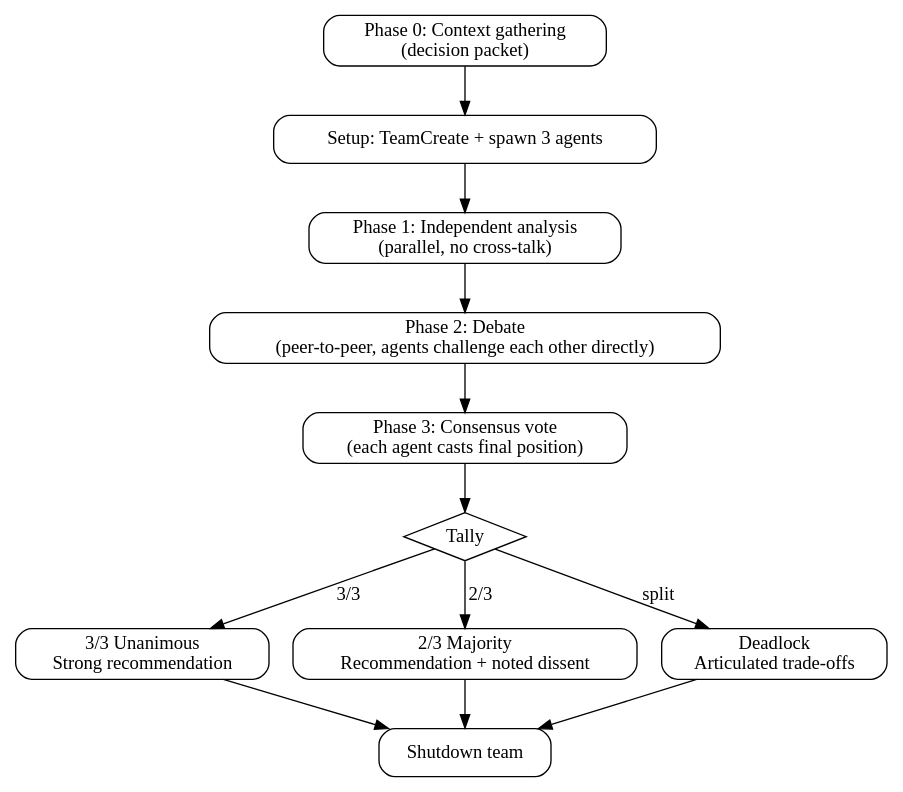
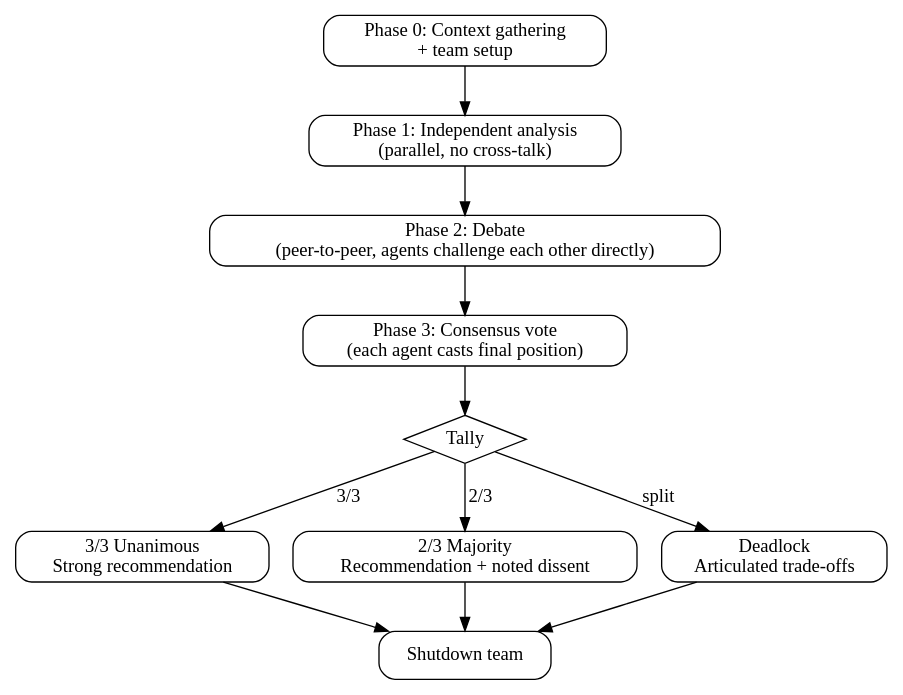
The diagram in skills/magi/SKILL.md (vinta/hal-9000), drawn with Graphviz before and after one commit. The commit also changed other lines of this file, not shown here.

First line of the commit message:
magi: enforce hard gate before team creation

````diff
--- a/skills/magi/SKILL.md
+++ b/skills/magi/SKILL.md
@@ -43,25 +43,24 @@
 ```dot
 digraph magi_flow {
     rankdir=TB;
     node [shape=box, style=rounded];
 
-    gather [label="Phase 0: Context gathering\n(decision packet)"];
-    setup [label="Setup: TeamCreate + spawn 3 agents"];
-    p1 [label="Phase 1: Independent analysis\n(parallel, no cross-talk)"];
-    p2 [label="Phase 2: Debate\n(peer-to-peer, agents challenge each other directly)"];
+    gather [label="Phase 0: Context gathering\n+ team setup"];
+    analysis [label="Phase 1: Independent analysis\n(parallel, no cross-talk)"];
+    debate [label="Phase 2: Debate\n(peer-to-peer, agents challenge each other directly)"];
     vote [label="Phase 3: Consensus vote\n(each agent casts final position)"];
     tally [label="Tally" shape=diamond style=""];
     unanimous [label="3/3 Unanimous\nStrong recommendation"];
     majority [label="2/3 Majority\nRecommendation + noted dissent"];
     deadlock [label="Deadlock\nArticulated trade-offs"];
     done [label="Shutdown team"];
 
-    gather -> setup -> p1 -> p2 -> vote -> tally;
+    gather -> analysis -> debate -> vote -> tally;
     tally -> unanimous [label="3/3"];
     tally -> majority [label="2/3"];
     tally -> deadlock [label="split"];
     unanimous -> done;
     majority -> done;
     deadlock -> done;
 }
 ```
````
